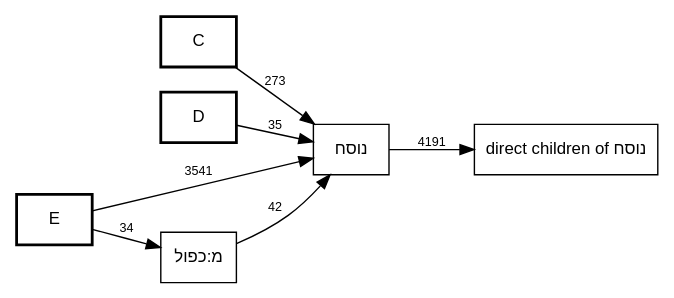
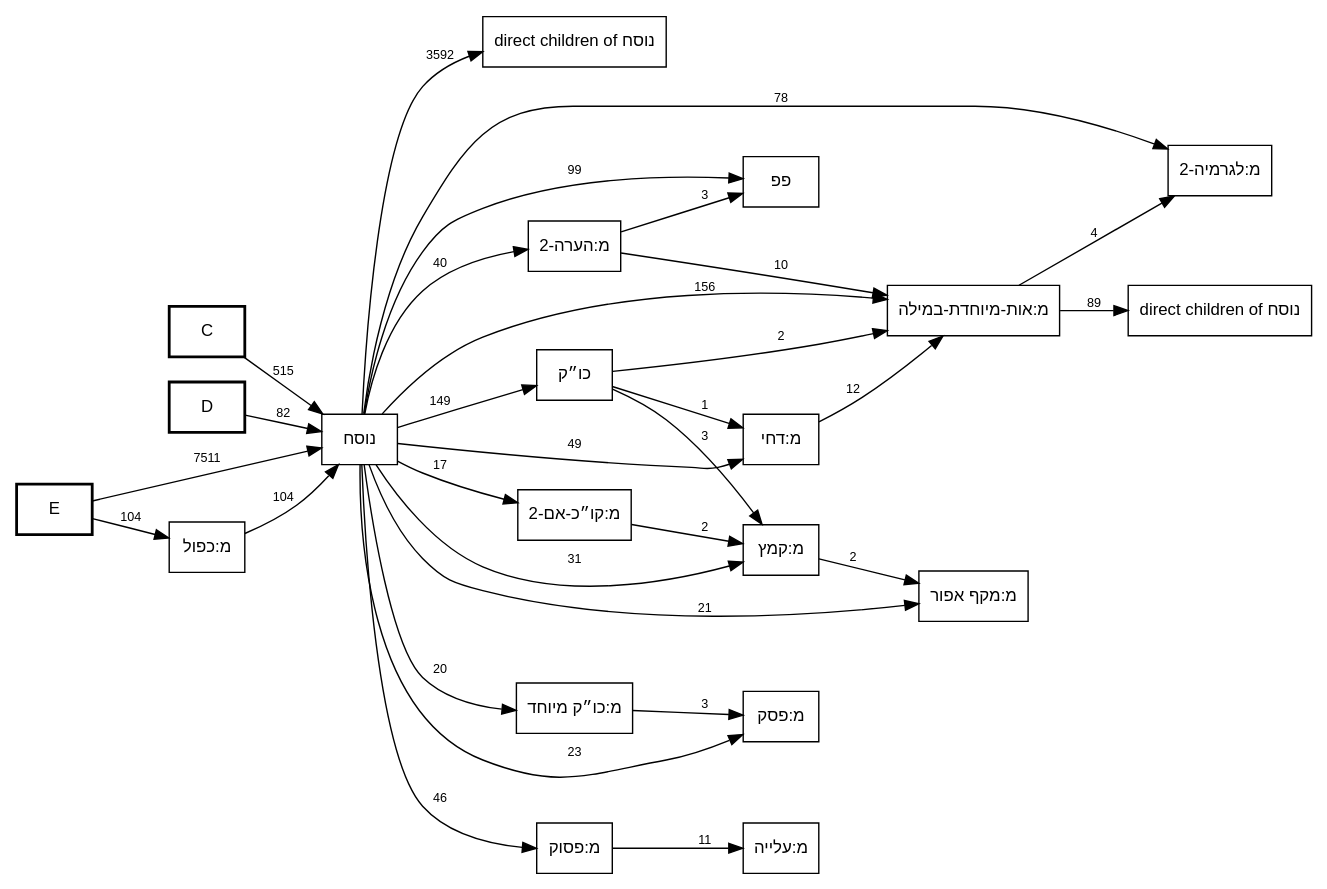
Before and after one commit to bdenckla/MAM-basics: the diagram in out/MAM-tmpl-survey/plus-nusach-call-graph.dot, drawn with Graphviz. The commit also changed 11 other files, not shown here.

First line of the commit message:
Scope focused call-graph edge counts to target-involving stacks

```diff
--- a/out/MAM-tmpl-survey/plus-nusach-call-graph.dot
+++ b/out/MAM-tmpl-survey/plus-nusach-call-graph.dot
@@ -1,55 +1,69 @@
 // This file was generated by MAM-basics/py/main_tmpl_survey.py.
 // Do not edit by hand.
 digraph template_call_graph {
     rankdir=LR;
     node [fontname="SBL Hebrew,Helvetica", fontsize=12];
     edge [fontname="Helvetica", fontsize=9];
     graph [comment="This file was generated by MAM-basics/py/main_tmpl_survey.py."];
 
     // Column nodes
     node [shape=box, style=bold];
     "C";
     "D";
     "E";
 
     // Template nodes
     node [shape=box, style=""];
-    "direct children of נוסח" [tooltip="כו״ק
-כתיב ולא קרי
-מ:אות-מיוחדת-במילה
+    "direct children of נוסח" [tooltip="כתיב ולא קרי
 מ:אין פרשה בתחילת פרק
 מ:אין פרשה בתחילת פרק בספרי אמ״ת
-מ:דחי
-מ:הערה-2
-מ:כו״ק מיוחד
-מ:לגרמיה-2
-מ:מקף אפור
 מ:נו״ן הפוכה
-מ:פסוק
-מ:פסק
 מ:צינור
-מ:קו״כ-אם-2
 מ:קישור בהערה
 מ:קישור פנימי בהערה
-מ:קמץ
 מודגש
 סס
 ססס
-פפ
 פפפ
 קו״כ
 קרי ולא כתיב
 ר0
 ר1
 ר3
 ר4
 ש"];
+    "direct children of נוסח (2)" [label="direct children of נוסח", tooltip="מ:אות-ג
+מ:אות-ק"];
 
     // Edges
-    "C" -> "נוסח" [label="273"];
-    "D" -> "נוסח" [label="35"];
-    "E" -> "מ:כפול" [label="34"];
-    "E" -> "נוסח" [label="3541"];
-    "מ:כפול" -> "נוסח" [label="42"];
-    "נוסח" -> "direct children of נוסח" [label="4191"];
+    "C" -> "נוסח" [label="515"];
+    "D" -> "נוסח" [label="82"];
+    "E" -> "מ:כפול" [label="104"];
+    "E" -> "נוסח" [label="7511"];
+    "כו״ק" -> "מ:אות-מיוחדת-במילה" [label="2"];
+    "כו״ק" -> "מ:דחי" [label="1"];
+    "כו״ק" -> "מ:קמץ" [label="3"];
+    "מ:אות-מיוחדת-במילה" -> "direct children of נוסח (2)" [label="89"];
+    "מ:אות-מיוחדת-במילה" -> "מ:לגרמיה-2" [label="4"];
+    "מ:דחי" -> "מ:אות-מיוחדת-במילה" [label="12"];
+    "מ:הערה-2" -> "מ:אות-מיוחדת-במילה" [label="10"];
+    "מ:הערה-2" -> "פפ" [label="3"];
+    "מ:כו״ק מיוחד" -> "מ:פסק" [label="3"];
+    "מ:כפול" -> "נוסח" [label="104"];
+    "מ:פסוק" -> "מ:עלייה" [label="11"];
+    "מ:קו״כ-אם-2" -> "מ:קמץ" [label="2"];
+    "מ:קמץ" -> "מ:מקף אפור" [label="2"];
+    "נוסח" -> "כו״ק" [label="149"];
+    "נוסח" -> "direct children of נוסח" [label="3592"];
+    "נוסח" -> "מ:אות-מיוחדת-במילה" [label="156"];
+    "נוסח" -> "מ:דחי" [label="49"];
+    "נוסח" -> "מ:הערה-2" [label="40"];
+    "נוסח" -> "מ:כו״ק מיוחד" [label="20"];
+    "נוסח" -> "מ:לגרמיה-2" [label="78"];
+    "נוסח" -> "מ:מקף אפור" [label="21"];
+    "נוסח" -> "מ:פסוק" [label="46"];
+    "נוסח" -> "מ:פסק" [label="23"];
+    "נוסח" -> "מ:קו״כ-אם-2" [label="17"];
+    "נוסח" -> "מ:קמץ" [label="31"];
+    "נוסח" -> "פפ" [label="99"];
 }
```
